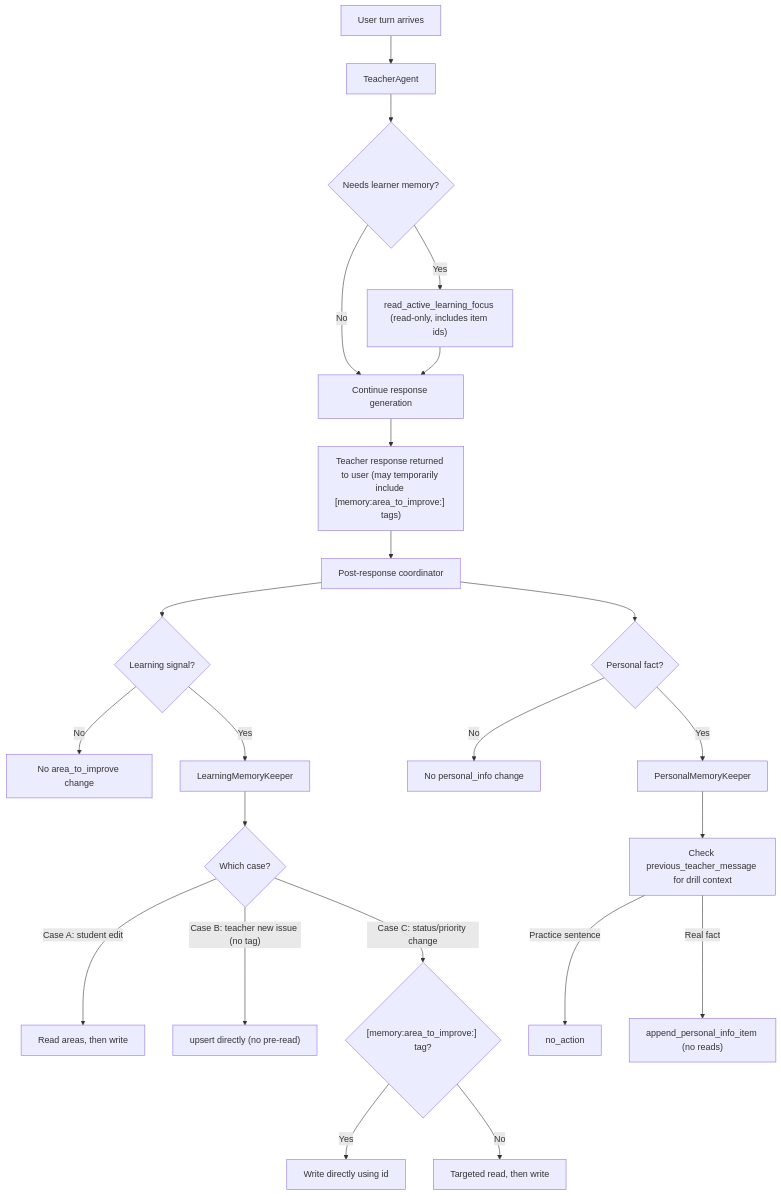
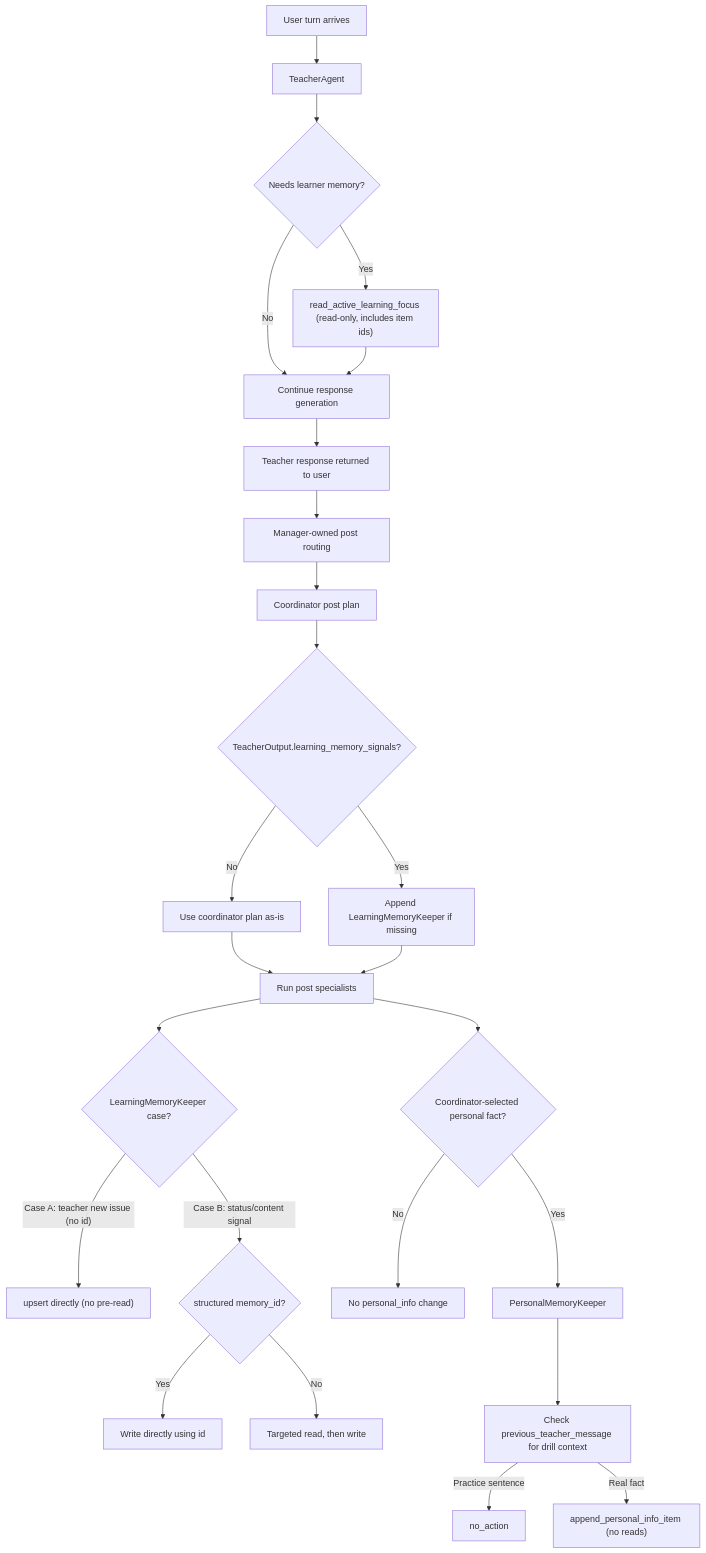
One commit to 40min/runestone changed the second of 4 diagrams in docs/agent-swarm-architecture.md. Above: the diagram before and after it, drawn with Mermaid. The commit also changed other lines of this file and 11 other files, not shown here.

First line of the commit message:
Refactor learning memory handling across agents (#216)

````diff
--- a/docs/agent-swarm-architecture.md
+++ b/docs/agent-swarm-architecture.md
@@ -243,25 +243,27 @@
 ```mermaid
 flowchart TD
     A["User turn arrives"] --> B["TeacherAgent"]
     B --> C{"Needs learner memory?"}
     C -- No --> D["Continue response generation"]
     C -- Yes --> E["read_active_learning_focus (read-only, includes item ids)"]
     E --> D
-    D --> F["Teacher response returned to user (may temporarily include [memory:area_to_improve:<id>] tags)"]
-    F --> G["Post-response coordinator"]
-    G --> H1{"Learning signal?"}
-    G --> H2{"Personal fact?"}
-    H1 -- No --> I1["No area_to_improve change"]
-    H1 -- Yes --> J1["LearningMemoryKeeper"]
-    J1 --> K{"Which case?"}
-    K -- "Case A: student edit" --> L["Read areas, then write"]
-    K -- "Case B: teacher new issue (no tag)" --> M["upsert directly (no pre-read)"]
-    K -- "Case C: status/priority change" --> N{"[memory:area_to_improve:<id>] tag?"}
+    D --> F["Teacher response returned to user"]
+    F --> G["Manager-owned post routing"]
+    G --> H1["Coordinator post plan"]
+    H1 --> H2{"TeacherOutput.learning_memory_signals?"}
+    H2 -- No --> I1["Use coordinator plan as-is"]
+    H2 -- Yes --> I2["Append LearningMemoryKeeper if missing"]
+    I1 --> J1["Run post specialists"]
+    I2 --> J1
+    J1 --> K{"LearningMemoryKeeper case?"}
+    K -- "Case A: teacher new issue (no id)" --> M["upsert directly (no pre-read)"]
+    K -- "Case B: status/content signal" --> N{"structured memory_id?"}
     N -- Yes --> O["Write directly using id"]
     N -- No --> P["Targeted read, then write"]
-    H2 -- No --> I2["No personal_info change"]
-    H2 -- Yes --> J2["PersonalMemoryKeeper"]
+    J1 --> H3{"Coordinator-selected personal fact?"}
+    H3 -- No --> I3["No personal_info change"]
+    H3 -- Yes --> J2["PersonalMemoryKeeper"]
     J2 --> Q["Check previous_teacher_message for drill context"]
     Q -- "Practice sentence" --> R["no_action"]
     Q -- "Real fact" --> S["append_personal_info_item (no reads)"]
 ```
````
